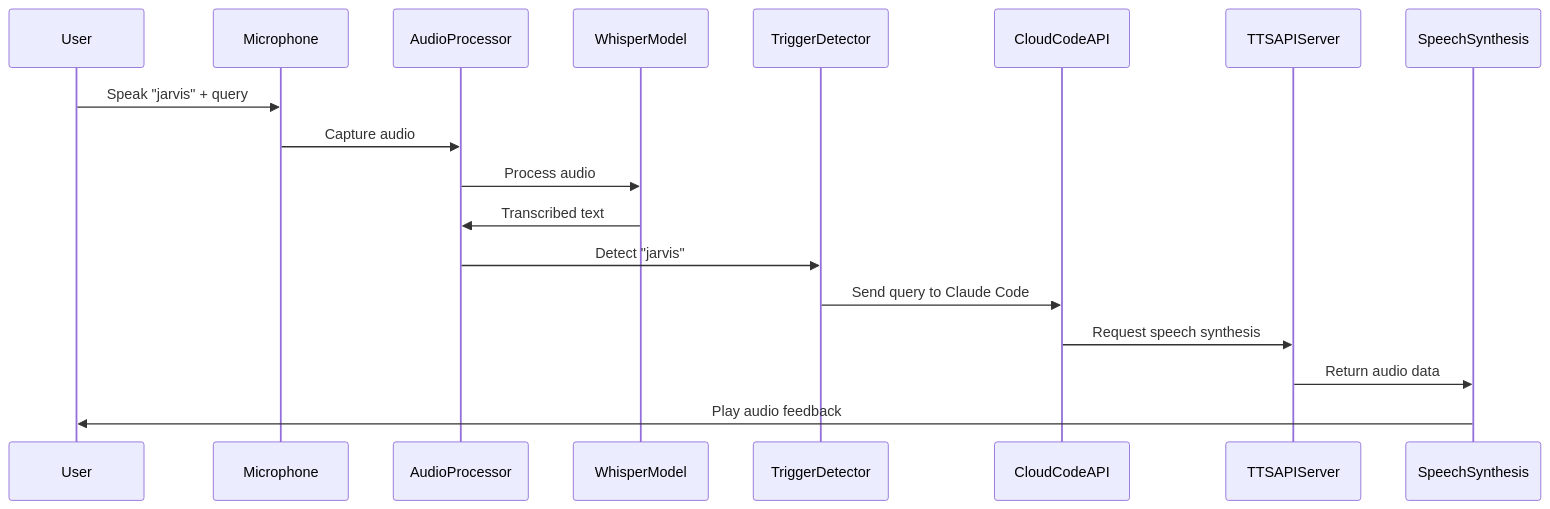
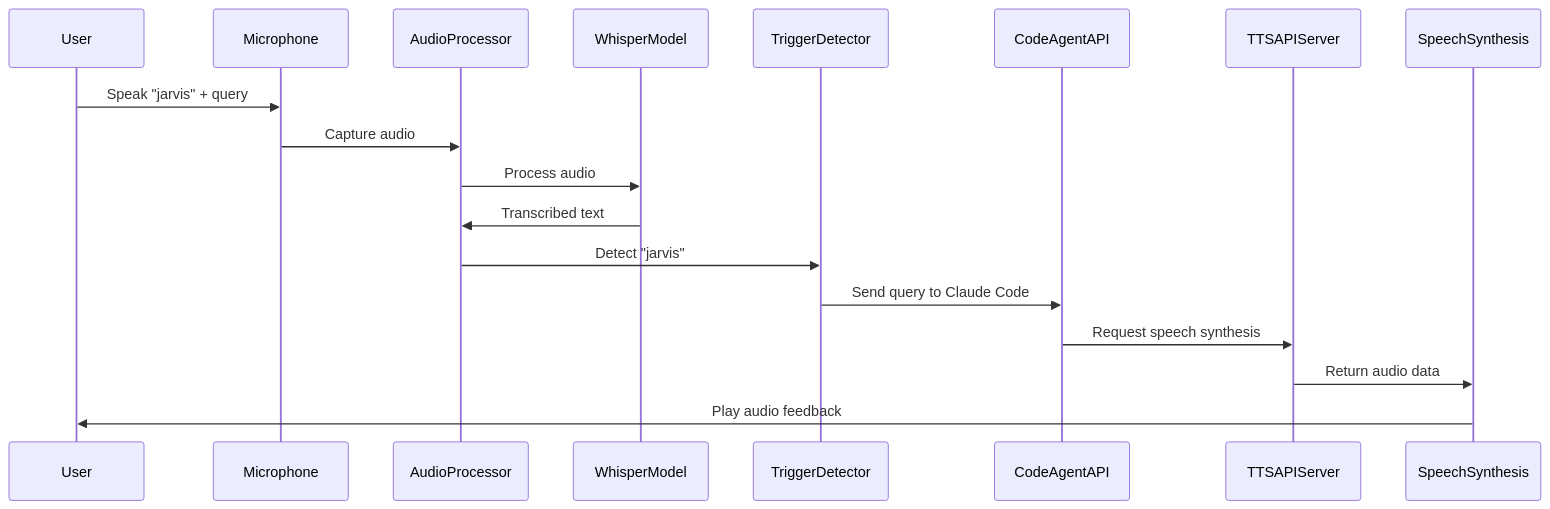
One commit to 0xrin1/whisper-yabai-mac-os-x changed the first of 5 diagrams in docs/ARCHITECTURE.md. Above: the diagram before and after it, drawn with Mermaid. The commit also changed other lines of this file and 5 other files, not shown here.

First line of the commit message:
Refactor: Rename cloud_code.py to code_agent.py

````diff
--- a/docs/ARCHITECTURE.md
+++ b/docs/ARCHITECTURE.md
@@ -107,21 +107,21 @@
 ```mermaid
 sequenceDiagram
     participant User
     participant Microphone
     participant AudioProcessor
     participant WhisperModel
     participant TriggerDetector
-    participant CloudCodeAPI
+    participant CodeAgentAPI
     participant TTSAPIServer
     participant SpeechSynthesis
 
     User->>Microphone: Speak "jarvis" + query
     Microphone->>AudioProcessor: Capture audio
     AudioProcessor->>WhisperModel: Process audio
     WhisperModel->>AudioProcessor: Transcribed text
     AudioProcessor->>TriggerDetector: Detect "jarvis"
-    TriggerDetector->>CloudCodeAPI: Send query to Claude Code
-    CloudCodeAPI->>TTSAPIServer: Request speech synthesis
+    TriggerDetector->>CodeAgentAPI: Send query to Claude Code
+    CodeAgentAPI->>TTSAPIServer: Request speech synthesis
     TTSAPIServer->>SpeechSynthesis: Return audio data
     SpeechSynthesis->>User: Play audio feedback
 ```
````
